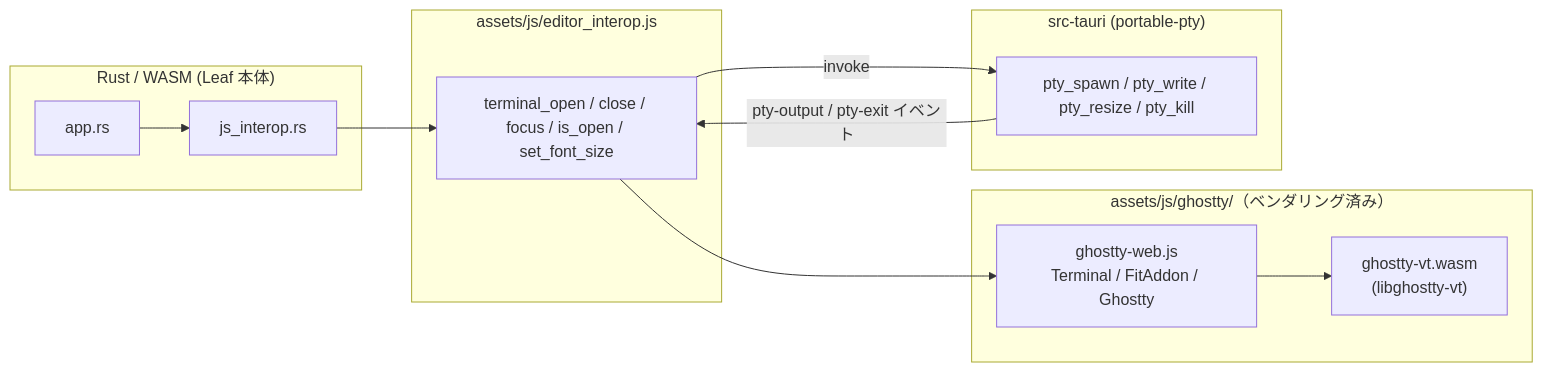
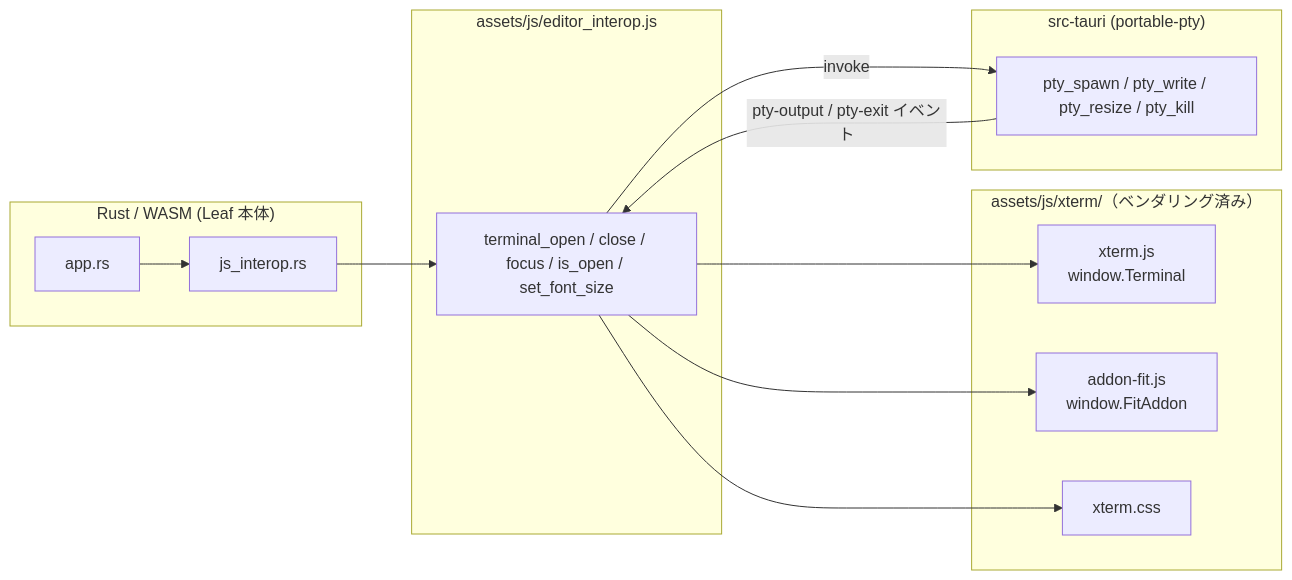
One commit to digitarhythm/leaf changed the diagram in docs/TERMINAL_RENDERER_SPEC.md. Above: the diagram before and after it, drawn with Mermaid. The commit also changed other lines of this file and 15 other files, not shown here.

````diff
--- a/docs/TERMINAL_RENDERER_SPEC.md
+++ b/docs/TERMINAL_RENDERER_SPEC.md
@@ -47,18 +12,19 @@
 ```mermaid
 graph LR
   subgraph Rust["Rust / WASM (Leaf 本体)"]
     APP[app.rs] --> JSI[js_interop.rs]
   end
   subgraph JS["assets/js/editor_interop.js"]
     JSI --> TO["terminal_open / close / focus / is_open / set_font_size"]
   end
-  subgraph Vendored["assets/js/ghostty/（ベンダリング済み）"]
-    TO --> GW["ghostty-web.js<br/>Terminal / FitAddon / Ghostty"]
-    GW --> WASM["ghostty-vt.wasm<br/>(libghostty-vt)"]
+  subgraph Vendored["assets/js/xterm/（ベンダリング済み）"]
+    TO --> XT["xterm.js<br/>window.Terminal"]
+    TO --> FIT["addon-fit.js<br/>window.FitAddon"]
+    TO --> CSS["xterm.css"]
   end
   subgraph Tauri["src-tauri (portable-pty)"]
     PTY["pty_spawn / pty_write / pty_resize / pty_kill"]
   end
   TO -- invoke --> PTY
   PTY -- "pty-output / pty-exit イベント" --> TO
 ```
````
